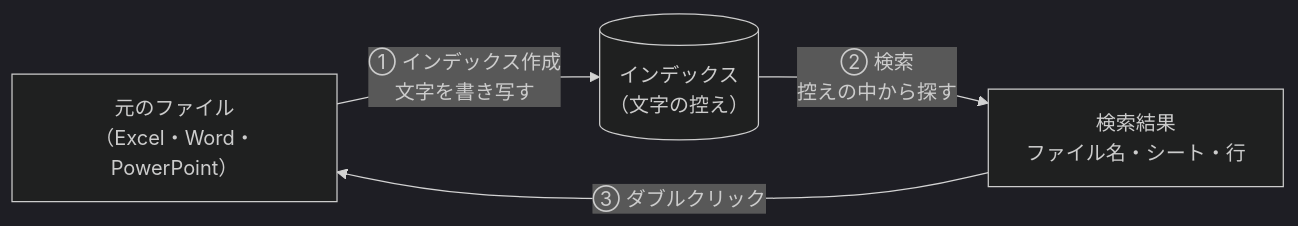
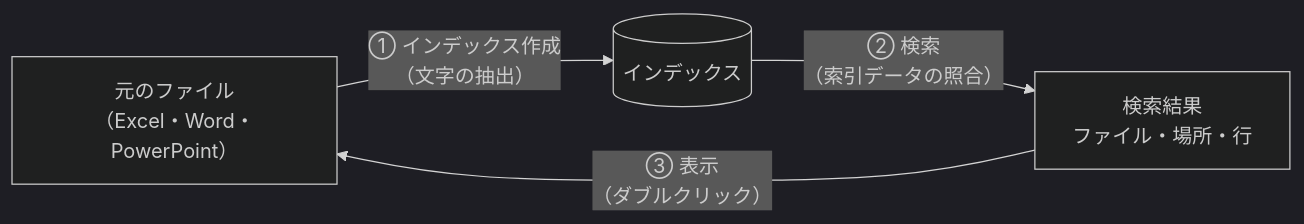
The diagram in docs/guide/about-index.md (hsgwa/tebunko), drawn with Mermaid (dark theme) before and after one commit. The commit also changed other lines of this file and 21 other files, not shown here.

````diff
--- a/docs/guide/about-index.md
+++ b/docs/guide/about-index.md
@@ -25,6 +21,6 @@
 ```mermaid
 flowchart LR
-    F["元のファイル<br>（Excel・Word・PowerPoint）"] -- "① インデックス作成<br>文字を書き写す" --> I[("インデックス<br>（文字の控え）")]
-    I -- "② 検索<br>控えの中から探す" --> R["検索結果<br>ファイル名・シート・行"]
-    R -- "③ ダブルクリック" --> F
+    F["元のファイル<br>（Excel・Word・PowerPoint）"] -- "① インデックス作成<br>（文字の抽出）" --> I[("インデックス")]
+    I -- "② 検索<br>（索引データの照合）" --> R["検索結果<br>ファイル・場所・行"]
+    R -- "③ 表示<br>（ダブルクリック）" --> F
 ```
````
